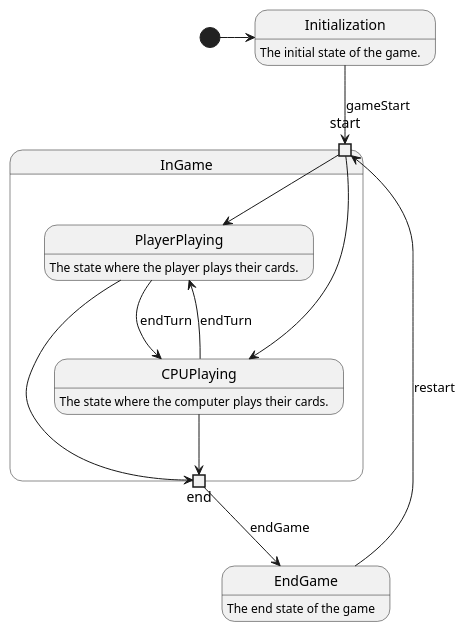
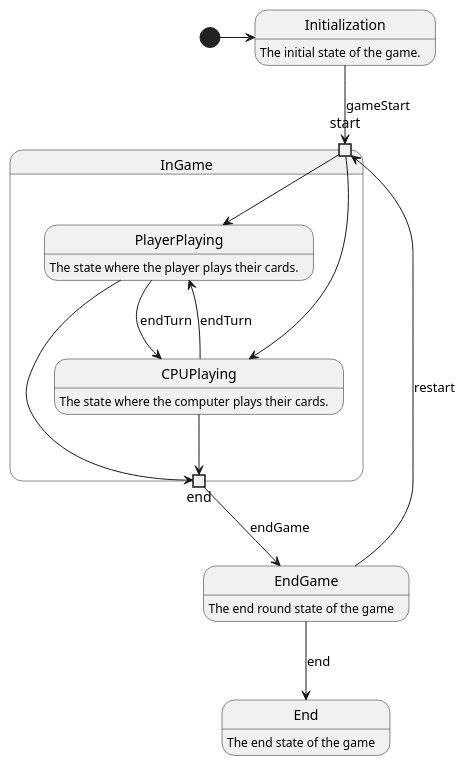
Before and after one commit to JuanCidL/gwen-t-JuanCidL: the diagram in src/State.puml, drawn with PlantUML. The commit also changed 24 other files, not shown here.

```diff
--- a/src/State.puml
+++ b/src/State.puml
@@ -1,24 +1,26 @@
 @startuml
 
 state Initialization: The initial state of the game.
 state InGame {
     state start <<inputpin>>
     state end <<outputpin>>
     state PlayerPlaying: The state where the player plays their cards.
     state CPUPlaying: The state where the computer plays their cards.
     start --> PlayerPlaying
     start --> CPUPlaying
     PlayerPlaying --> CPUPlaying: endTurn
     CPUPlaying --> PlayerPlaying: endTurn
     PlayerPlaying --> end
     CPUPlaying --> end
 }
-state EndGame: The end state of the game
+state EndGame: The end round state of the game
+state End: The end state of the game
 
 
 [*] -> Initialization
 Initialization --> start: gameStart
 end --> EndGame: endGame
 EndGame --> start: restart
+EndGame --> End: end
 
 @enduml
```
